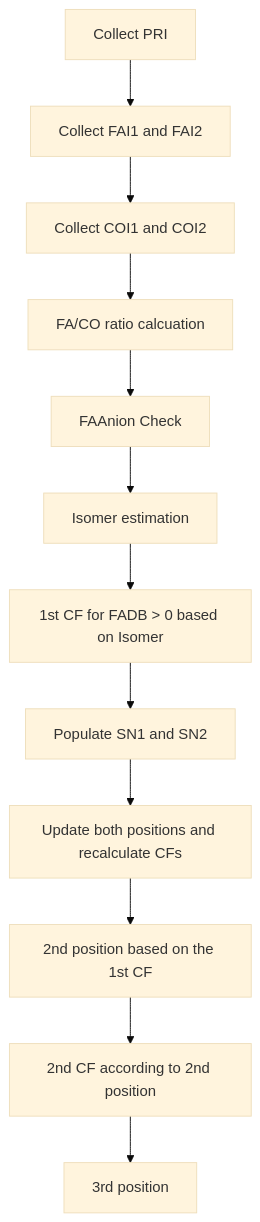
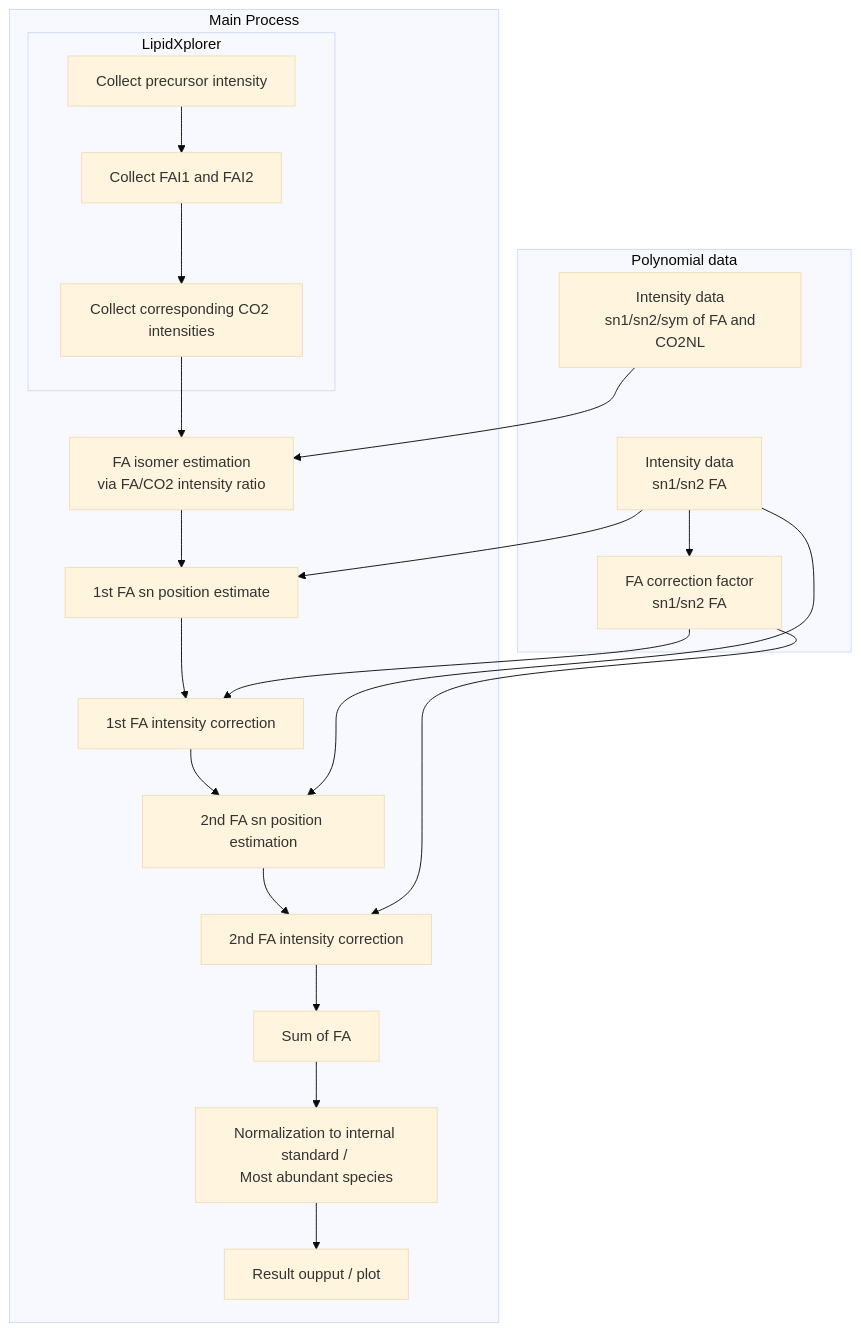
The second of 3 diagrams in core_app/doc/workflow.md (lifs-tools/LipidXte2), drawn with Mermaid (base theme) before and after one commit.

Commit message:
chore: update workflow with polynomial approach

````diff
--- a/core_app/doc/workflow.md
+++ b/core_app/doc/workflow.md
@@ -93,14 +93,24 @@
 ```mermaid
 graph TD;
-  A["Collect PRI"]-->B["Collect FAI1 and FAI2"];
-  B-->C["Collect COI1 and COI2"];
-  C-->D["FA/CO ratio calcuation"];
-  D-->E["FAAnion Check"];
-  E-->F["Isomer estimation"];
-  F-->G["1st CF for FADB > 0 based on Isomer"];
-  G-->H["Populate SN1 and SN2"];
-  H-->I["Update both positions and recalculate CFs"];
-  I-->J["2nd position based on the 1st CF"];
-  J-->K["2nd CF according to 2nd position"];
-  K-->L["3rd position"];
+  subgraph Main Process
+     subgraph "LipidXplorer"
+        A["Collect precursor intensity"]-->B["Collect FAI1 and FAI2"];
+        B-->C["Collect corresponding CO2 intensities"];
+     end
+     C--> D["FA isomer estimation\n via FA/CO2 intensity ratio"];      
+     D-->E["1st FA sn position estimate"];
+     E-->F["1st FA intensity correction"];
+     F-->G["2nd FA sn position estimation"];
+     G-->H["2nd FA intensity correction"];
+     H-->I["Sum of FA"];
+     I-->J["Normalization to internal standard / \nMost abundant species"];
+     J-->K["Result oupput / plot"];
+ 
+  end
+  subgraph polyDB [Polynomial data]
+    PA[Intensity data\n sn1/sn2/sym of FA and CO2NL]~~~ PB
+    PB[Intensity data\n sn1/sn2 FA]--> PC & E & G
+    PC[FA correction factor\n sn1/sn2 FA]-->H & F
+    PA-->D
+  end
 ```
````
